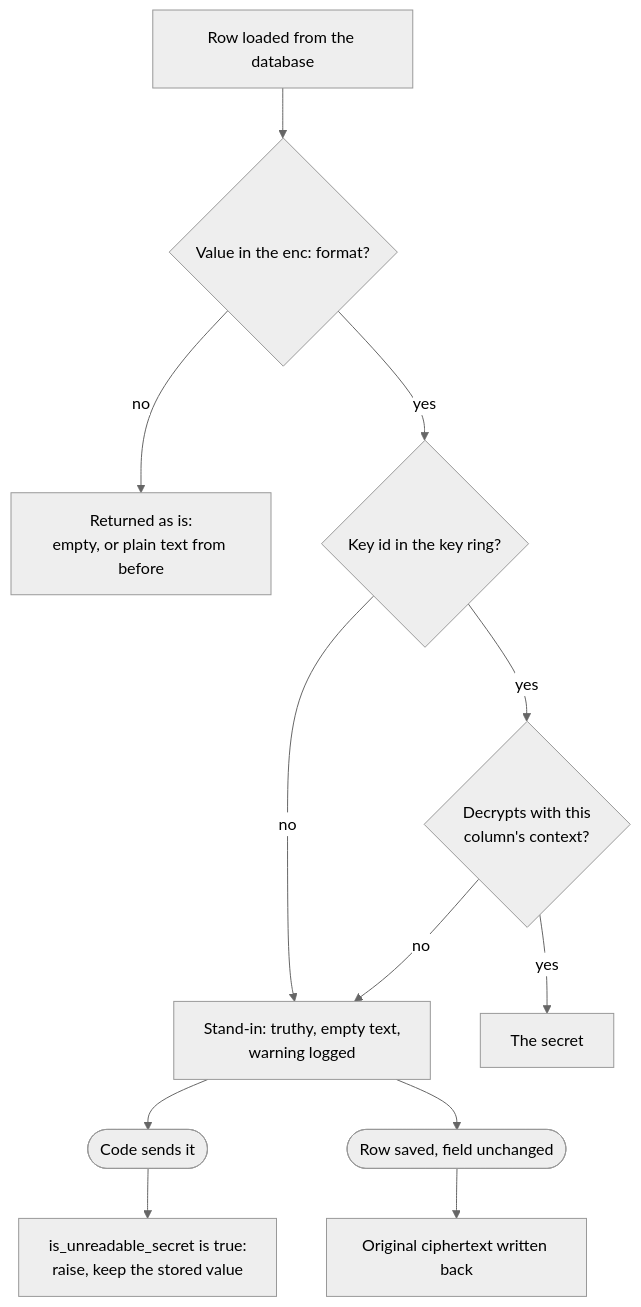
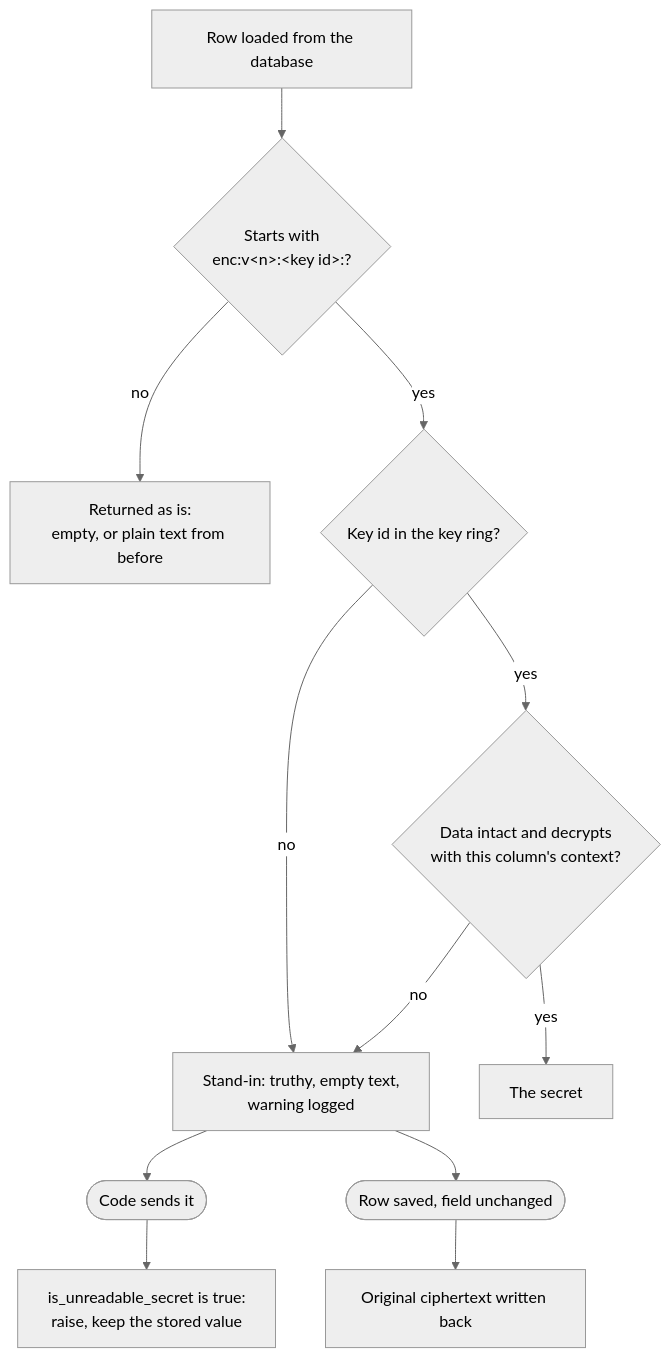
Before and after one commit to baserow/baserow: the fourth of 4 diagrams in docs/technical/encrypted-secrets.md, drawn with Mermaid (neutral theme). The commit also changed other lines of this file, not shown here.

````diff
--- a/docs/technical/encrypted-secrets.md
+++ b/docs/technical/encrypted-secrets.md
@@ -155,14 +162,14 @@
 ```mermaid
 flowchart TD
-    Read["Row loaded from the database"] --> Enc{"Value in the enc: format?"}
+    Read["Row loaded from the database"] --> Enc{"Starts with<br/>enc:v&lt;n&gt;:&lt;key id&gt;:?"}
     Enc -->|no| Plain["Returned as is:<br/>empty, or plain text from before"]
     Enc -->|yes| Key{"Key id in the key ring?"}
     Key -->|no| Stand["Stand-in: truthy, empty text,<br/>warning logged"]
-    Key -->|yes| Tag{"Decrypts with this<br/>column's context?"}
+    Key -->|yes| Tag{"Data intact and decrypts<br/>with this column's context?"}
     Tag -->|no| Stand
     Tag -->|yes| Secret["The secret"]
     Stand --> Send(["Code sends it"])
     Send --> Raise["is_unreadable_secret is true:<br/>raise, keep the stored value"]
     Stand --> Save(["Row saved, field unchanged"])
     Save --> Keep["Original ciphertext written back"]
 ```
````
